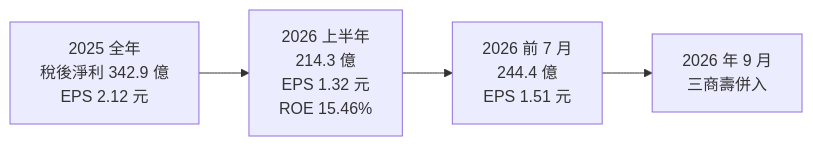
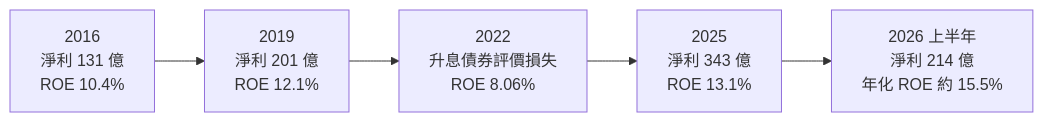
The third of 4 diagrams in 個股/台股/2884玉山金.md (wangnick1004/taiwan-stock-vault), drawn with Mermaid before and after one commit. The commit also changed other lines of this file and 12 other files, not shown here.

````diff
--- a/個股/台股/2884玉山金.md
+++ b/個股/台股/2884玉山金.md
@@ -143,4 +155,4 @@
 ```mermaid
 flowchart LR
-    Y["2025 全年<br/>稅後淨利 342.9 億<br/>EPS 2.12 元"] --> H1["2026 上半年<br/>214.3 億<br/>EPS 1.32 元<br/>ROE 15.46%"] --> J7["2026 前 7 月<br/>244.4 億<br/>EPS 1.51 元"] --> S9["2026 年 9 月<br/>三商壽併入"]
+    Y16["2016<br/>淨利 131 億<br/>ROE 10.4%"] --> Y19["2019<br/>淨利 201 億<br/>ROE 12.1%"] --> Y22["2022<br/>升息債券評價損失<br/>ROE 8.06%"] --> Y25["2025<br/>淨利 343 億<br/>ROE 13.1%"] --> H26["2026 上半年<br/>淨利 214 億<br/>年化 ROE 約 15.5%"]
 ```
````
